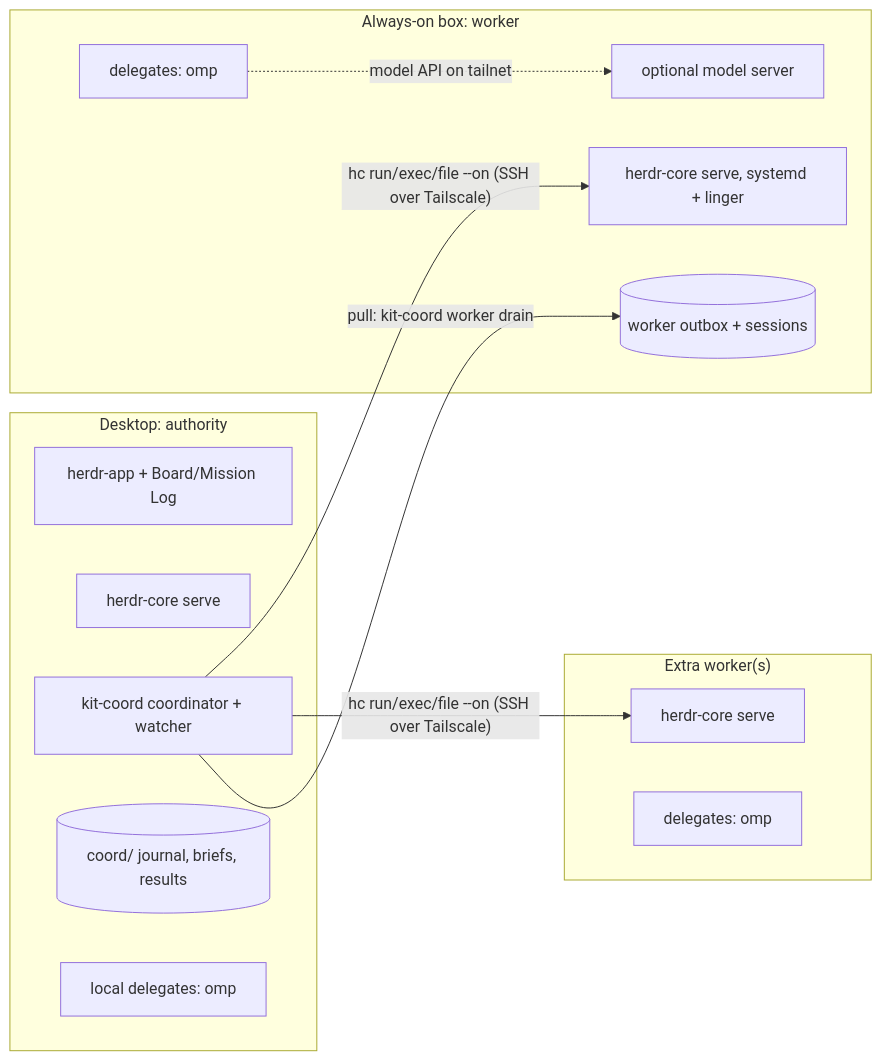
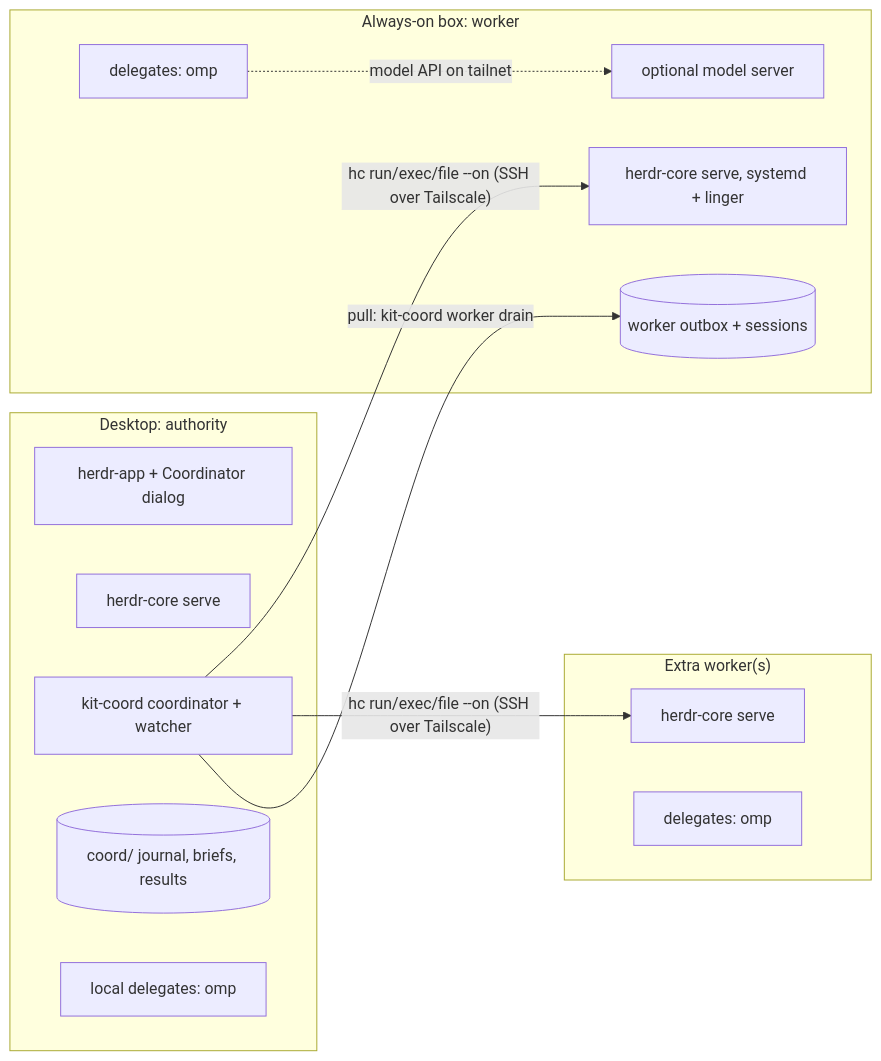
One commit to nnexai/herdr-kit changed the diagram in docs/coordinator/distributed-work-plan.md. Above: the diagram before and after it, drawn with Mermaid. The commit also changed other lines of this file and 32 other files, not shown here.

First line of the commit message:
Replace coordinator views with one Coordinator dialog

````diff
--- a/docs/coordinator/distributed-work-plan.md
+++ b/docs/coordinator/distributed-work-plan.md
@@ -9,23 +9,23 @@
 ```mermaid
 flowchart LR
   subgraph D["Desktop: authority"]
-    DA[herdr-app + Board/Mission Log]
+    DA[herdr-app + Coordinator dialog]
     DC[herdr-core serve]
     CO[kit-coord coordinator + watcher]
     DJ[(coord/ journal, briefs, results)]
     DD[local delegates: omp]
   end
   subgraph B["Always-on box: worker"]
     BC[herdr-core serve, systemd + linger]
     BD[delegates: omp]
     BO[(worker outbox + sessions)]
     BM[optional model server]
   end
   subgraph W["Extra worker(s)"]
     WC[herdr-core serve]
     WD[delegates: omp]
   end
   CO -- "hc run/exec/file --on (SSH over Tailscale)" --> BC & WC
   CO -- "pull: kit-coord worker drain" --> BO
   BD -. model API on tailnet .-> BM
 ```
````
